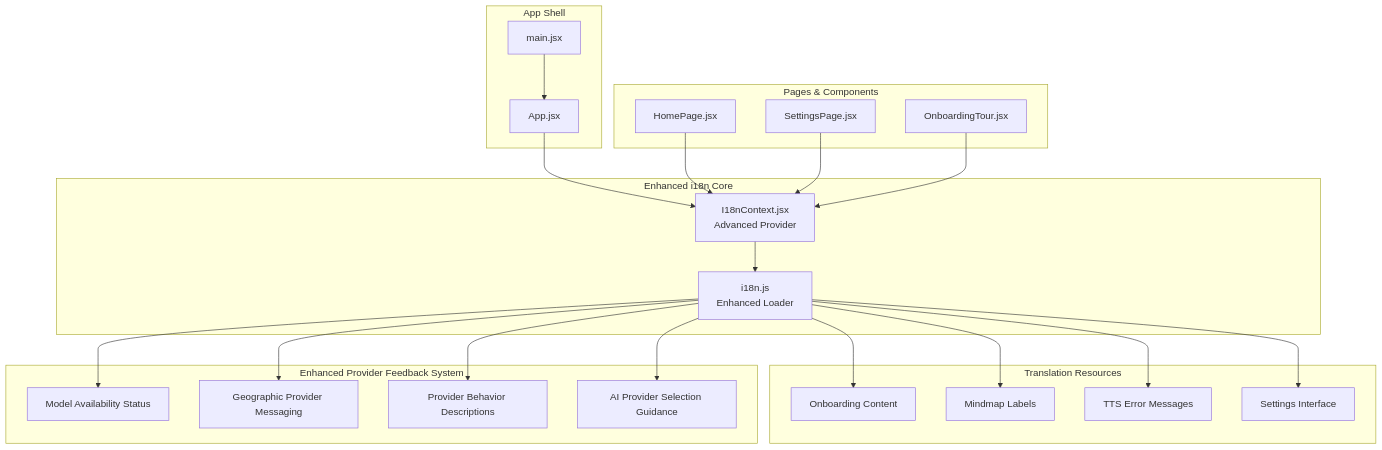
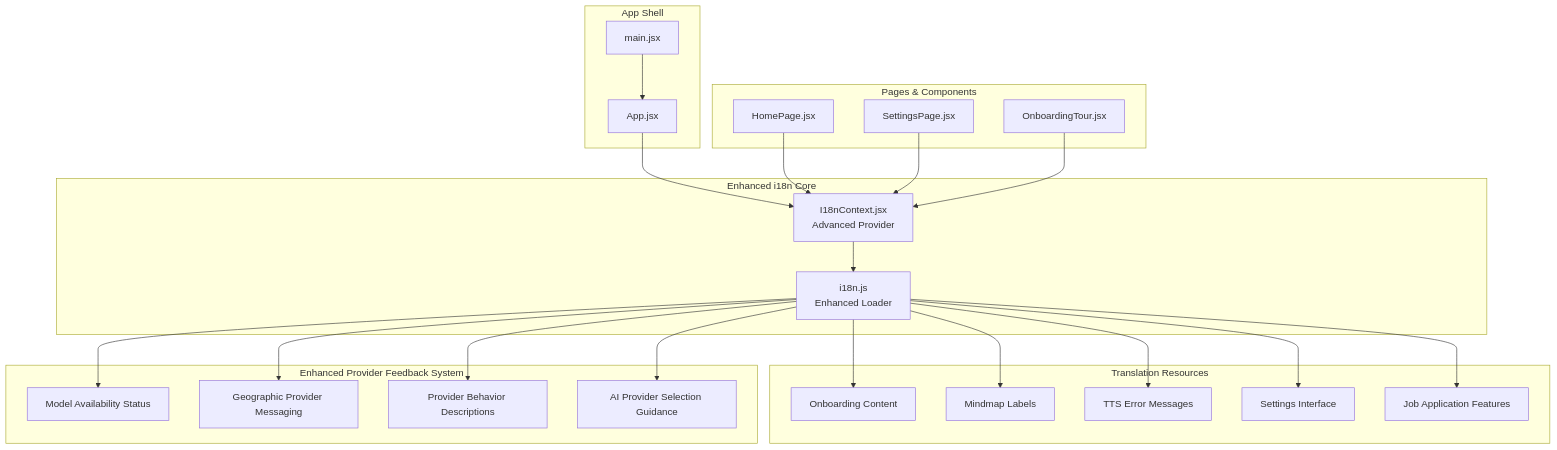
The first of 5 diagrams in .qoder/repowiki/en/content/Utility Libraries/Internationalization (i18n).md (zmyeo54/briefroom), drawn with Mermaid before and after one commit. The commit also changed other lines of this file and 16 other files, not shown here.

````diff
--- a/.qoder/repowiki/en/content/Utility Libraries/Internationalization (i18n).md
+++ b/.qoder/repowiki/en/content/Utility Libraries/Internationalization (i18n).md
@@ -49,42 +50,44 @@
 ```mermaid
 graph TB
 subgraph "Enhanced i18n Core"
 I18nJS["i18n.js<br/>Enhanced Loader"]
 I18nCtx["I18nContext.jsx<br/>Advanced Provider"]
 end
 subgraph "Translation Resources"
 Onboarding["Onboarding Content"]
 Mindmap["Mindmap Labels"]
 TTS["TTS Error Messages"]
 Settings["Settings Interface"]
+JobApps["Job Application Features"]
 end
 subgraph "Enhanced Provider Feedback System"
 ModelStatus["Model Availability Status"]
 RegionalMessaging["Geographic Provider Messaging"]
 BehaviorDescriptions["Provider Behavior Descriptions"]
 SelectionGuidance["AI Provider Selection Guidance"]
 end
 subgraph "App Shell"
 Main["main.jsx"]
 App["App.jsx"]
 end
 subgraph "Pages & Components"
 Home["HomePage.jsx"]
 SettingsPage["SettingsPage.jsx"]
 OnboardingTour["OnboardingTour.jsx"]
 end
 Main --> App
 App --> I18nCtx
 I18nCtx --> I18nJS
 I18nJS --> Onboarding
 I18nJS --> Mindmap
 I18nJS --> TTS
 I18nJS --> Settings
+I18nJS --> JobApps
 I18nJS --> ModelStatus
 I18nJS --> RegionalMessaging
 I18nJS --> BehaviorDescriptions
 I18nJS --> SelectionGuidance
 Home --> I18nCtx
 SettingsPage --> I18nCtx
 OnboardingTour --> I18nCtx
 ```
````
